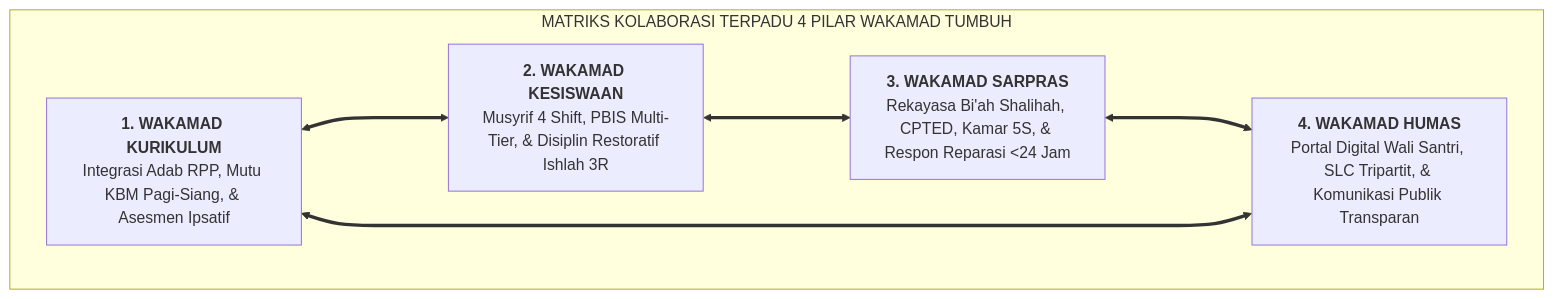
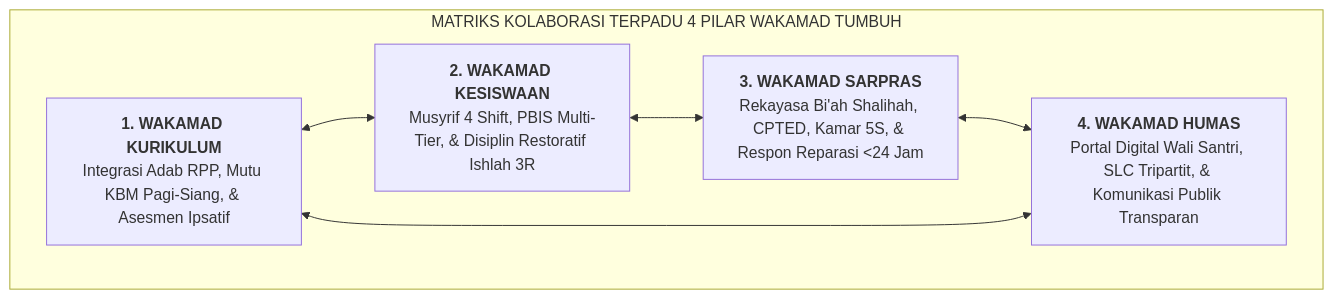
One commit to wandiapriliyandi/tumbuh changed the diagram in BOOK Series 2/Volume-05-Manual-Operasional-SOP-24Jam-dan-Tata-Kelola/Bab-01-Jadwal-Presisi-Siklus-24Jam/04-Matriks-Integrasi-4-Pilar-Wakamad.md. Above: the diagram before and after it, drawn with Mermaid. The commit also changed 6 other files, not shown here.

Commit message:
fix(book-series-2): resolve mermaid syntax parse errors in bidirectional links and labels

````diff
--- a/BOOK Series 2/Volume-05-Manual-Operasional-SOP-24Jam-dan-Tata-Kelola/Bab-01-Jadwal-Presisi-Siklus-24Jam/04-Matriks-Integrasi-4-Pilar-Wakamad.md
+++ b/BOOK Series 2/Volume-05-Manual-Operasional-SOP-24Jam-dan-Tata-Kelola/Bab-01-Jadwal-Presisi-Siklus-24Jam/04-Matriks-Integrasi-4-Pilar-Wakamad.md
@@ -15,17 +15,17 @@
 ```mermaid
 flowchart TD
     subgraph Sinergi4Pilar["MATRIKS KOLABORASI TERPADU 4 PILAR WAKAMAD TUMBUH"]
         Kurikulum["<b>1. WAKAMAD KURIKULUM</b><br/>Integrasi Adab RPP, Mutu KBM Pagi-Siang, & Asesmen Ipsatif"]
         
         Kesiswaan["<b>2. WAKAMAD KESISWAAN</b><br/>Musyrif 4 Shift, PBIS Multi-Tier, & Disiplin Restoratif Ishlah 3R"]
         
         Sarpras["<b>3. WAKAMAD SARPRAS</b><br/>Rekayasa Bi'ah Shalihah, CPTED, Kamar 5S, & Respon Reparasi <24 Jam"]
         
         Humas["<b>4. WAKAMAD HUMAS</b><br/>Portal Digital Wali Santri, SLC Tripartit, & Komunikasi Publik Transparan"]
     end
 
-    Kurikulum <===> Kesiswaan
-    Kesiswaan <===> Sarpras
-    Sarpras <===> Humas
-    Humas <===> Kurikulum
+    Kurikulum <--> Kesiswaan
+    Kesiswaan <--> Sarpras
+    Sarpras <--> Humas
+    Humas <--> Kurikulum
 ```
````
